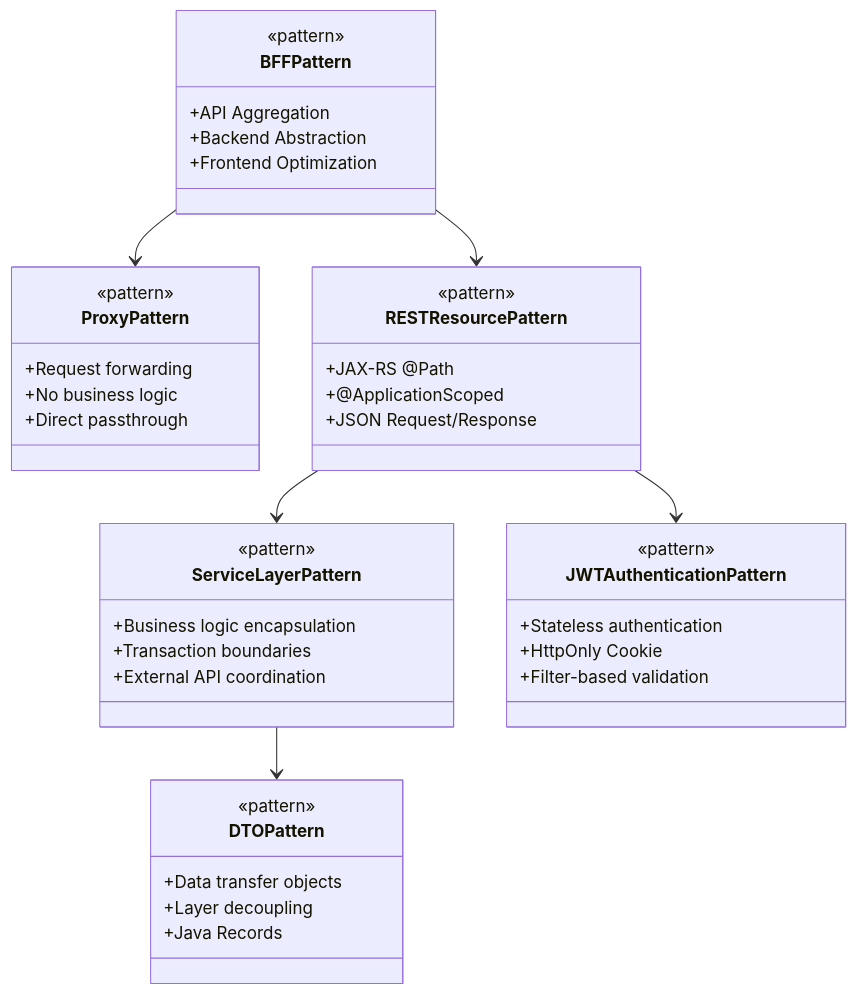
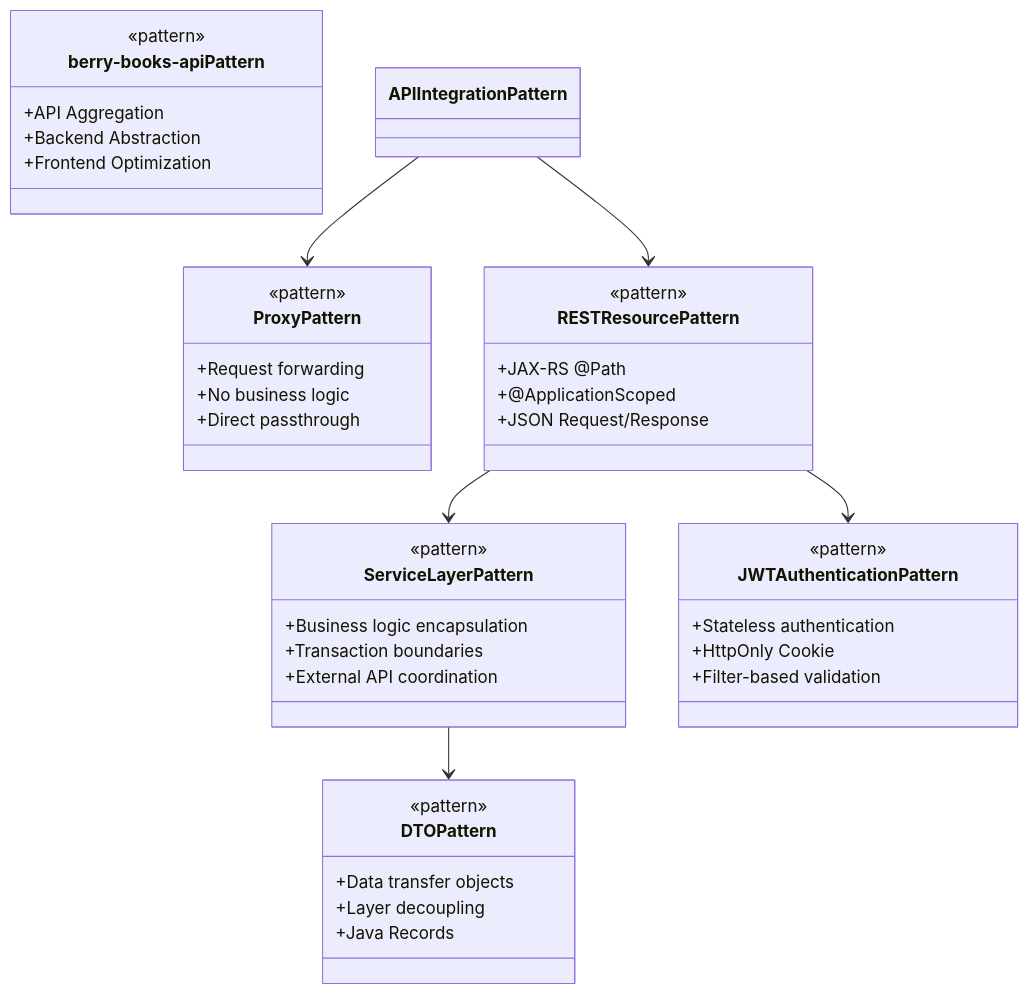
One commit to KenyaSaitoh/ai_driven_dev_202601 changed the fifth of 9 diagrams in projects/sdd/bookstore/berry-books-api-sdd/specs/baseline/system/architecture_design.md. Above: the diagram before and after it, drawn with Mermaid. The commit also changed other lines of this file and 69 other files, not shown here.

````diff
--- a/projects/sdd/bookstore/berry-books-api-sdd/specs/baseline/system/architecture_design.md
+++ b/projects/sdd/bookstore/berry-books-api-sdd/specs/baseline/system/architecture_design.md
@@ -255,50 +255,50 @@
 ```mermaid
 classDiagram
-    class BFFPattern {
+    class berry-books-apiPattern {
         <<pattern>>
         +API Aggregation
         +Backend Abstraction
         +Frontend Optimization
     }
     
     class ProxyPattern {
         <<pattern>>
         +Request forwarding
         +No business logic
         +Direct passthrough
     }
     
     class RESTResourcePattern {
         <<pattern>>
         +JAX-RS @Path
         +@ApplicationScoped
         +JSON Request/Response
     }
     
     class ServiceLayerPattern {
         <<pattern>>
         +Business logic encapsulation
         +Transaction boundaries
         +External API coordination
     }
     
     class DTOPattern {
         <<pattern>>
         +Data transfer objects
         +Layer decoupling
         +Java Records
     }
     
     class JWTAuthenticationPattern {
         <<pattern>>
         +Stateless authentication
         +HttpOnly Cookie
         +Filter-based validation
     }
     
-    BFFPattern --> RESTResourcePattern
-    BFFPattern --> ProxyPattern
+    APIIntegrationPattern --> RESTResourcePattern
+    APIIntegrationPattern --> ProxyPattern
     RESTResourcePattern --> ServiceLayerPattern
     RESTResourcePattern --> JWTAuthenticationPattern
     ServiceLayerPattern --> DTOPattern
 ```
````
